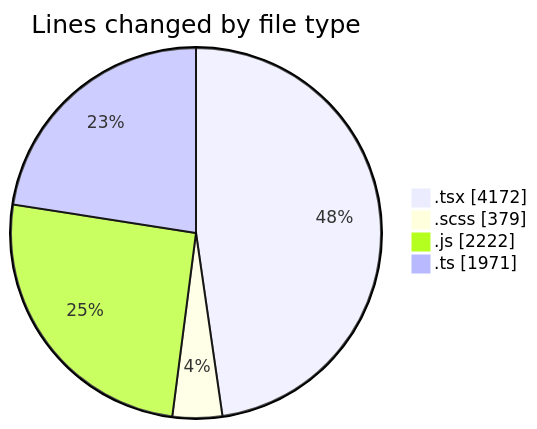
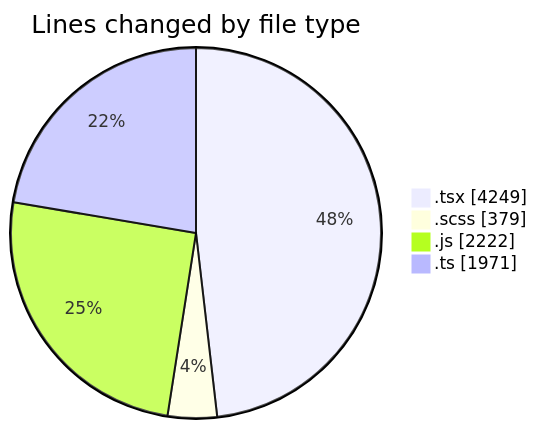
Before and after one commit to momahboobian/code-tracking: the first of 2 diagrams in 2026-06-17/cda/README.md, drawn with Mermaid. The commit also changed other lines of this file and 1 other file, not shown here.

````diff
--- a/2026-06-17/cda/README.md
+++ b/2026-06-17/cda/README.md
@@ -56,8 +56,8 @@
 ```mermaid
 pie showData
 title Lines changed by file type
-".tsx" : 4172
+".tsx" : 4249
 ".scss" : 379
 ".js" : 2222
 ".ts" : 1971
 ```
````
